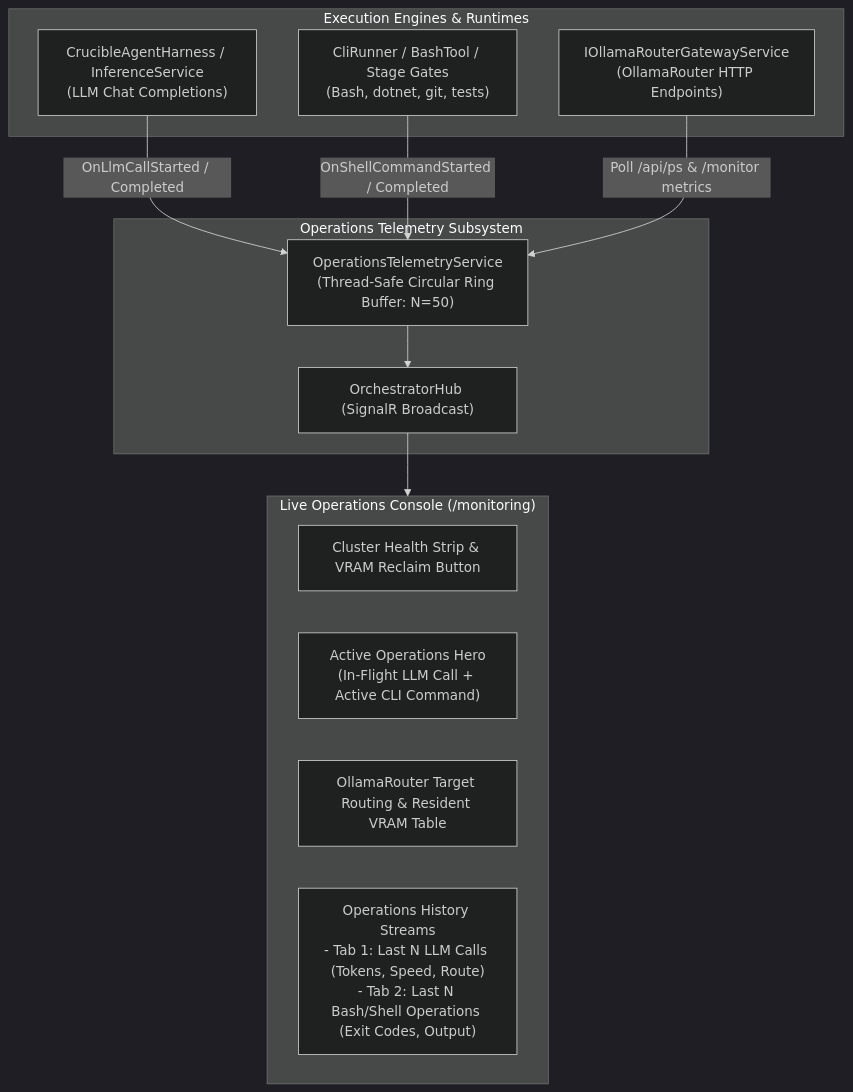
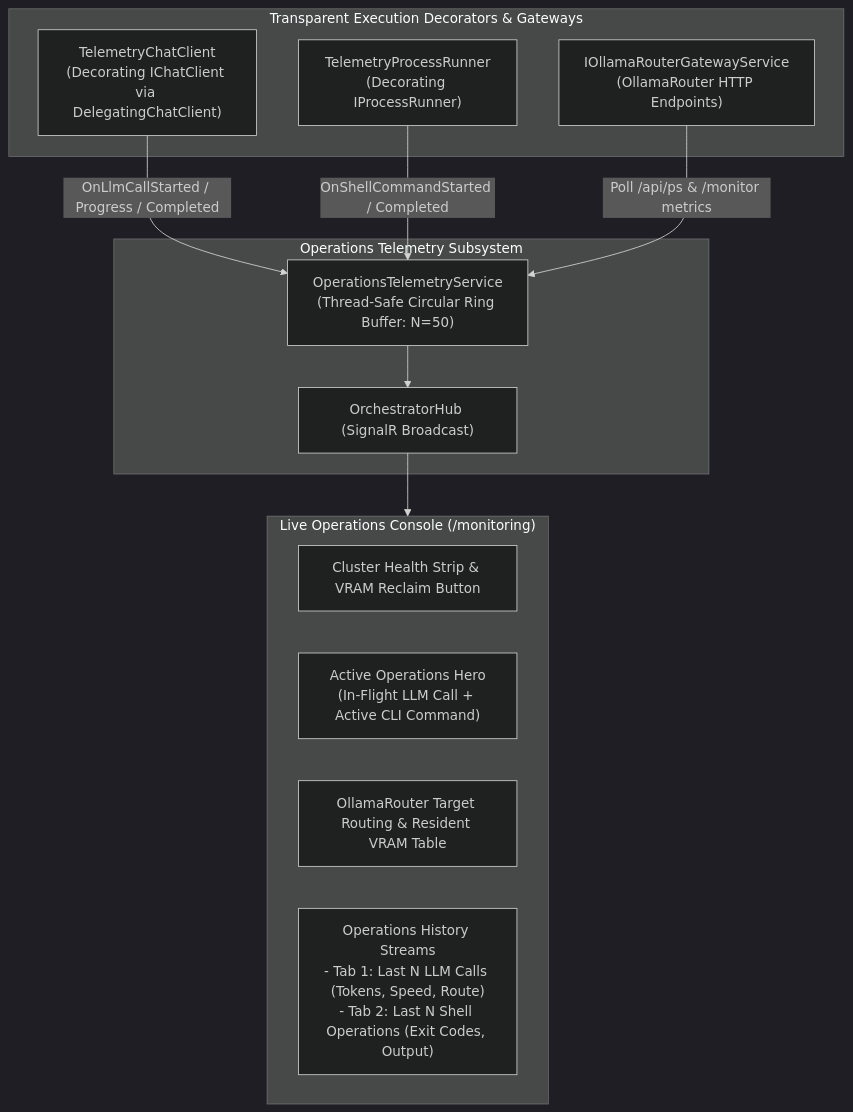
The diagram in docs/plan/phase-11/STEP_11_18_LIVE_OPERATIONS_TELEMETRY_LLM_SHELL_OLLAMAROUTER.md (jetelain/NightCodeForge), drawn with Mermaid (dark theme) before and after one commit. The commit also changed other lines of this file and 35 other files, not shown here.

Commit message:
Step 11.18: Live Operations Telemetry: Real-Time LLM Calls, Shell Activity & OllamaRouter Deep Monitoring

````diff
--- a/docs/plan/phase-11/STEP_11_18_LIVE_OPERATIONS_TELEMETRY_LLM_SHELL_OLLAMAROUTER.md
+++ b/docs/plan/phase-11/STEP_11_18_LIVE_OPERATIONS_TELEMETRY_LLM_SHELL_OLLAMAROUTER.md
@@ -25,27 +25,27 @@
 ```mermaid
 flowchart TD
-    subgraph ExecutionEngines ["Execution Engines & Runtimes"]
-        LLMInference["CrucibleAgentHarness / InferenceService<br/>(LLM Chat Completions)"]
-        CliExecution["CliRunner / BashTool / Stage Gates<br/>(Bash, dotnet, git, tests)"]
+    subgraph ExecutionEngines ["Transparent Execution Decorators & Gateways"]
+        LLMWrapper["TelemetryChatClient<br/>(Decorating IChatClient via DelegatingChatClient)"]
+        CliWrapper["TelemetryProcessRunner<br/>(Decorating IProcessRunner)"]
         RouterGateway["IOllamaRouterGatewayService<br/>(OllamaRouter HTTP Endpoints)"]
     end
 
     subgraph TelemetrySubsystem ["Operations Telemetry Subsystem"]
         Service["OperationsTelemetryService<br/>(Thread-Safe Circular Ring Buffer: N=50)"]
         Hub["OrchestratorHub (SignalR Broadcast)"]
     end
 
     subgraph LiveConsole ["Live Operations Console (/monitoring)"]
         TopBar["Cluster Health Strip & VRAM Reclaim Button"]
         ActiveHero["Active Operations Hero<br/>(In-Flight LLM Call + Active CLI Command)"]
         RouterCard["OllamaRouter Target Routing & Resident VRAM Table"]
-        HistorySplit["Operations History Streams<br/>- Tab 1: Last N LLM Calls (Tokens, Speed, Route)<br/>- Tab 2: Last N Bash/Shell Operations (Exit Codes, Output)"]
+        HistorySplit["Operations History Streams<br/>- Tab 1: Last N LLM Calls (Tokens, Speed, Route)<br/>- Tab 2: Last N Shell Operations (Exit Codes, Output)"]
     end
 
-    LLMInference -->|OnLlmCallStarted / Completed| Service
-    CliExecution -->|OnShellCommandStarted / Completed| Service
+    LLMWrapper -->|OnLlmCallStarted / Progress / Completed| Service
+    CliWrapper -->|OnShellCommandStarted / Completed| Service
     RouterGateway -->|Poll /api/ps & /monitor metrics| Service
 
     Service --> Hub
     Hub --> LiveConsole
 ```
````
